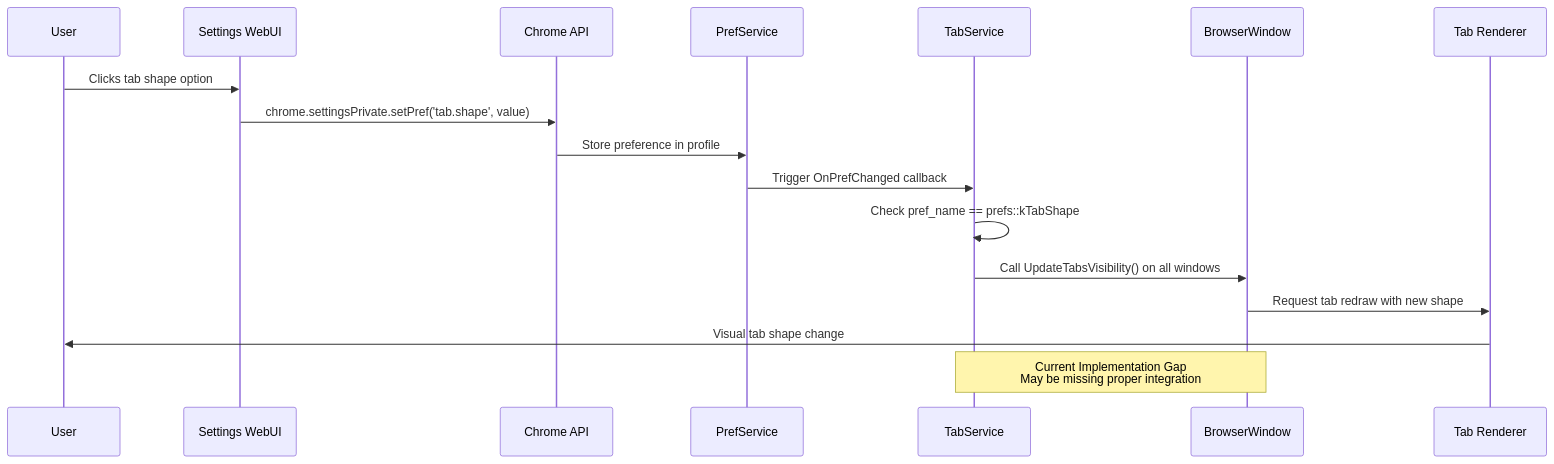
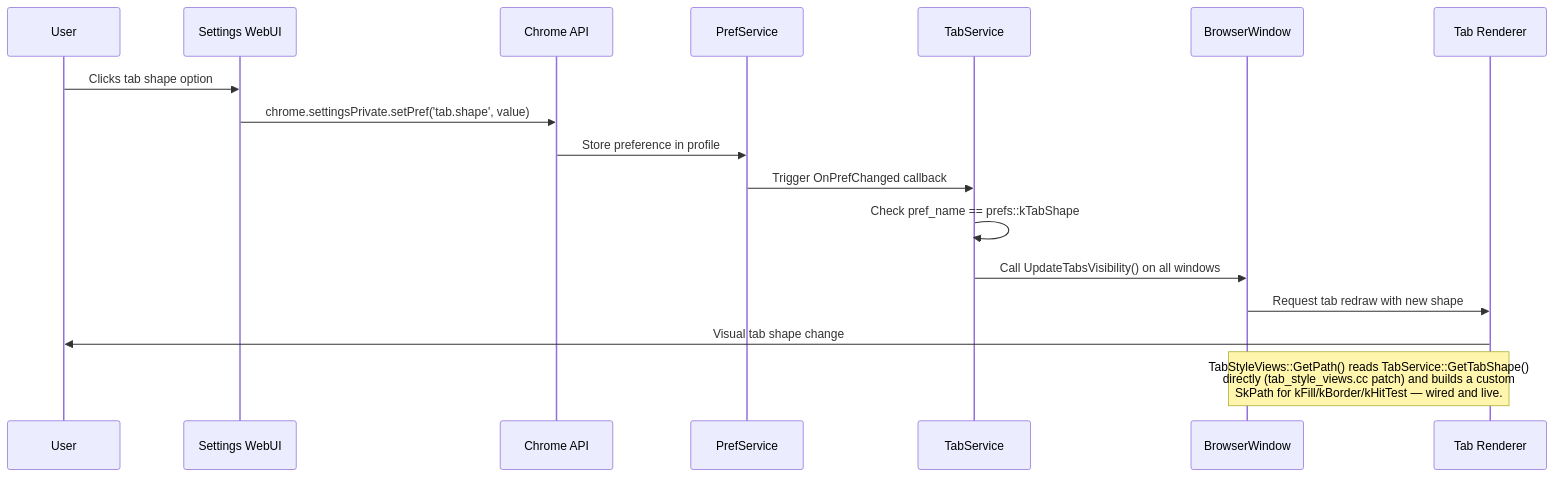
The second of 2 diagrams in public/content/chromium/features/custom-browser/tab-shapes-feature.md (WanderLust-Tech/wanderlust-knowledgebase), drawn with Mermaid before and after one commit. The commit also changed other lines of this file and 4 other files, not shown here.

````diff
--- a/public/content/chromium/features/custom-browser/tab-shapes-feature.md
+++ b/public/content/chromium/features/custom-browser/tab-shapes-feature.md
@@ -88,21 +88,21 @@
 ```mermaid
 sequenceDiagram
     participant U as User
     participant UI as Settings WebUI
     participant API as Chrome API
     participant PS as PrefService
     participant TS as TabService
     participant BW as BrowserWindow
     participant TR as Tab Renderer
     
     U->>UI: Clicks tab shape option
     UI->>API: chrome.settingsPrivate.setPref('tab.shape', value)
     API->>PS: Store preference in profile
     PS->>TS: Trigger OnPrefChanged callback
     TS->>TS: Check pref_name == prefs::kTabShape
     TS->>BW: Call UpdateTabsVisibility() on all windows
     BW->>TR: Request tab redraw with new shape
     TR->>U: Visual tab shape change
     
-    Note over TS,BW: Current Implementation Gap<br/>May be missing proper integration
+    Note over BW,TR: TabStyleViews::GetPath() reads TabService::GetTabShape()<br/>directly (tab_style_views.cc patch) and builds a custom<br/>SkPath for kFill/kBorder/kHitTest — wired and live.
 ```
````
